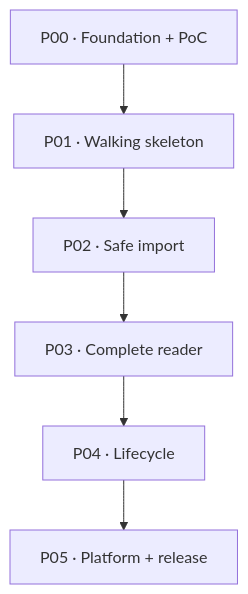
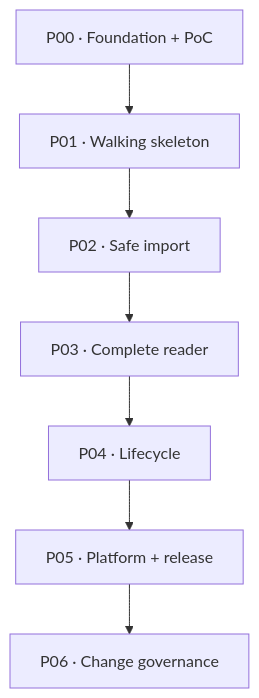
The diagram in codex-spec/implementation-roadmap.md (r-zubkov/markdown-reader), drawn with Mermaid before and after one commit. The commit also changed other lines of this file and 25 other files, not shown here.

````diff
--- a/codex-spec/implementation-roadmap.md
+++ b/codex-spec/implementation-roadmap.md
@@ -5,8 +5,9 @@
 ```mermaid
 flowchart TD
     P0["P00 · Foundation + PoC"] --> P1["P01 · Walking skeleton"]
     P1 --> P2["P02 · Safe import"]
     P2 --> P3["P03 · Complete reader"]
     P3 --> P4["P04 · Lifecycle"]
     P4 --> P5["P05 · Platform + release"]
+    P5 --> P6["P06 · Change governance"]
 ```
````
